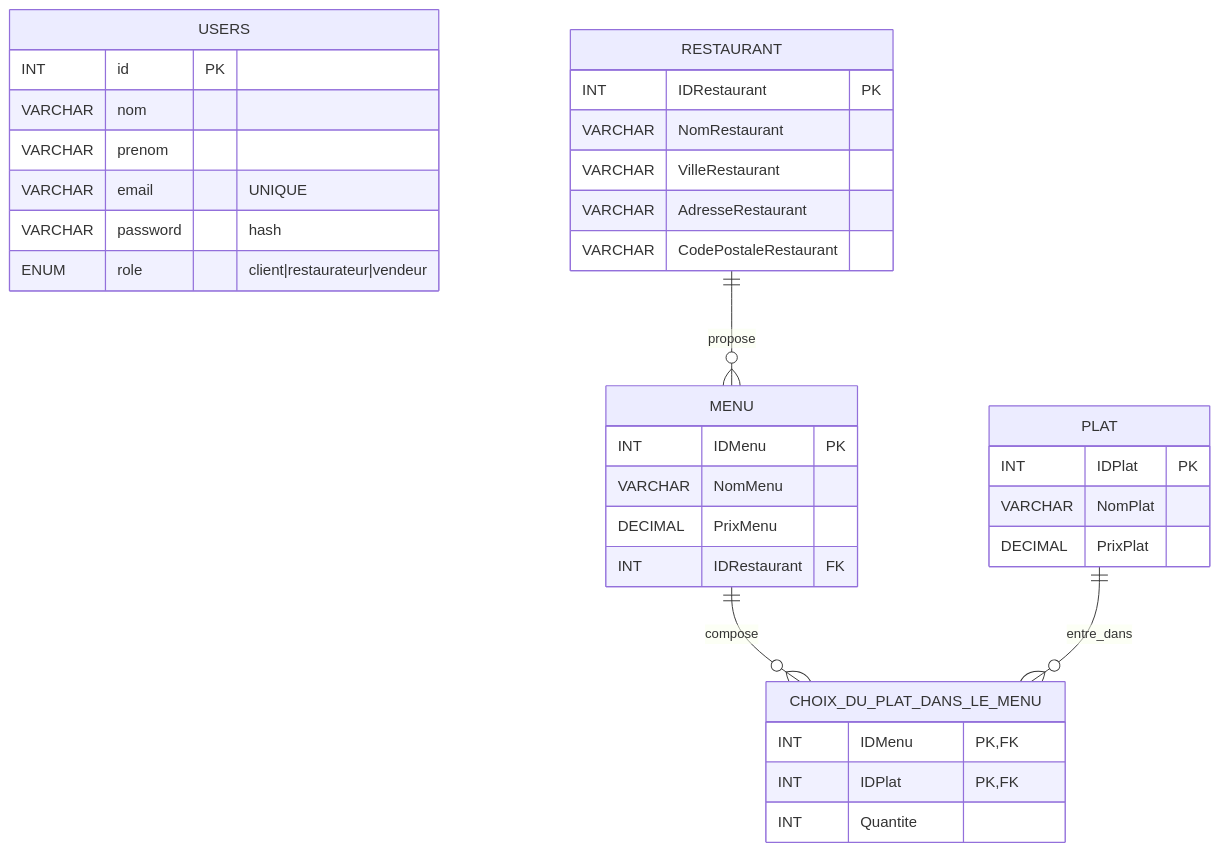
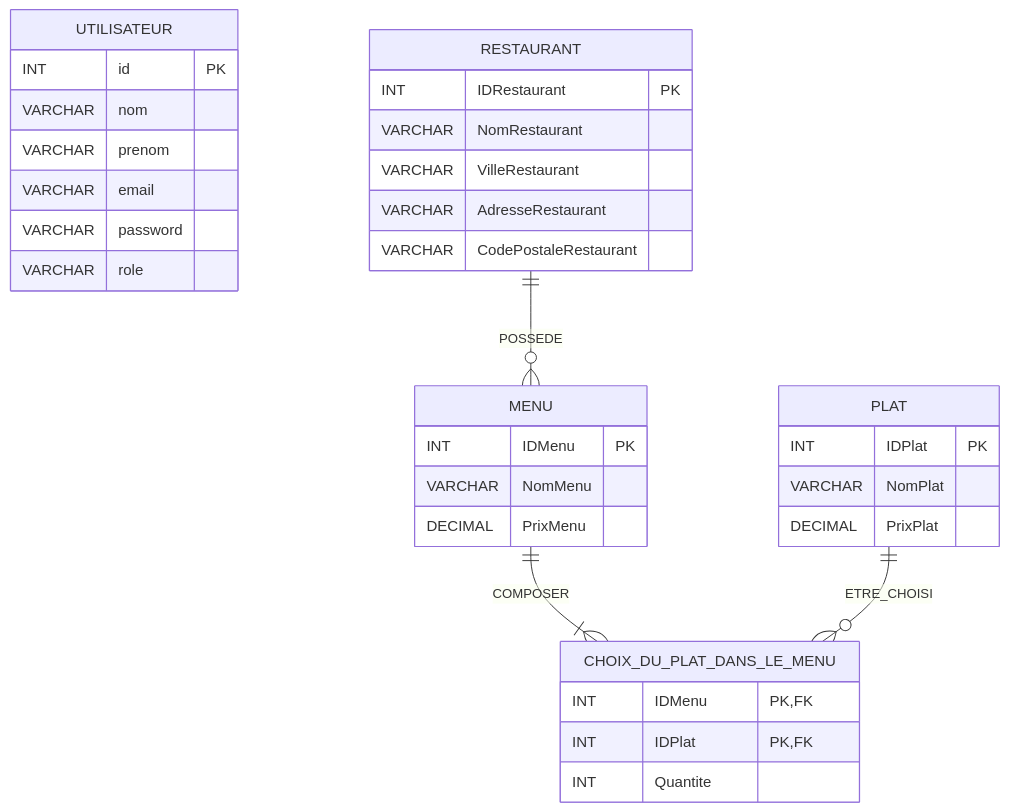
The second of 2 diagrams in docs/e6_mcd_usecase.md (Clarennns/clarennns-sio-street), drawn with Mermaid before and after one commit. The commit also changed other lines of this file and 2 other files, not shown here.

Commit message:
Ajout des diagrammes MCD et Use Case en PNG

````diff
--- a/docs/e6_mcd_usecase.md
+++ b/docs/e6_mcd_usecase.md
@@ -16,42 +108,41 @@
 ```mermaid
 erDiagram
-	USERS {
-		INT id PK
-		VARCHAR nom
-		VARCHAR prenom
-		VARCHAR email "UNIQUE"
-		VARCHAR password "hash"
-		ENUM role "client|restaurateur|vendeur"
-	}
+		UTILISATEUR {
+				INT id PK
+				VARCHAR nom
+				VARCHAR prenom
+				VARCHAR email
+				VARCHAR password
+				VARCHAR role
+		}
 
-	RESTAURANT {
-		INT IDRestaurant PK
-		VARCHAR NomRestaurant
-		VARCHAR VilleRestaurant
-		VARCHAR AdresseRestaurant
-		VARCHAR CodePostaleRestaurant
-	}
+		RESTAURANT {
+				INT IDRestaurant PK
+				VARCHAR NomRestaurant
+				VARCHAR VilleRestaurant
+				VARCHAR AdresseRestaurant
+				VARCHAR CodePostaleRestaurant
+		}
 
-	MENU {
-		INT IDMenu PK
-		VARCHAR NomMenu
-		DECIMAL PrixMenu
-		INT IDRestaurant FK
-	}
+		MENU {
+				INT IDMenu PK
+				VARCHAR NomMenu
+				DECIMAL PrixMenu
+		}
 
-	PLAT {
-		INT IDPlat PK
-		VARCHAR NomPlat
-		DECIMAL PrixPlat
-	}
+		PLAT {
+				INT IDPlat PK
+				VARCHAR NomPlat
+				DECIMAL PrixPlat
+		}
 
-	CHOIX_DU_PLAT_DANS_LE_MENU {
-		INT IDMenu PK,FK
-		INT IDPlat PK,FK
-		INT Quantite
-	}
+		CHOIX_DU_PLAT_DANS_LE_MENU {
+				INT IDMenu PK,FK
+				INT IDPlat PK,FK
+				INT Quantite
+		}
 
-	RESTAURANT ||--o{ MENU : propose
-	MENU ||--o{ CHOIX_DU_PLAT_DANS_LE_MENU : compose
-	PLAT ||--o{ CHOIX_DU_PLAT_DANS_LE_MENU : entre_dans
+		RESTAURANT ||--o{ MENU : POSSEDE
+		MENU ||--|{ CHOIX_DU_PLAT_DANS_LE_MENU : COMPOSER
+		PLAT ||--o{ CHOIX_DU_PLAT_DANS_LE_MENU : ETRE_CHOISI
 ```
````
